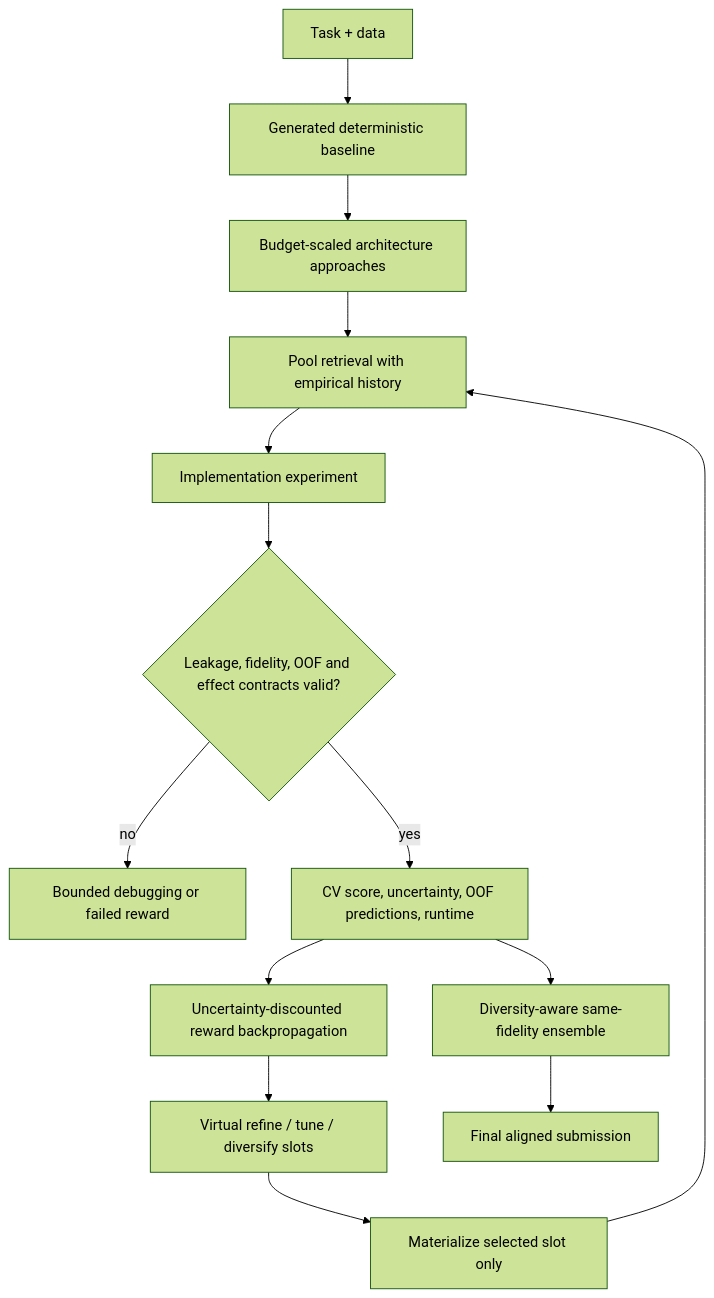
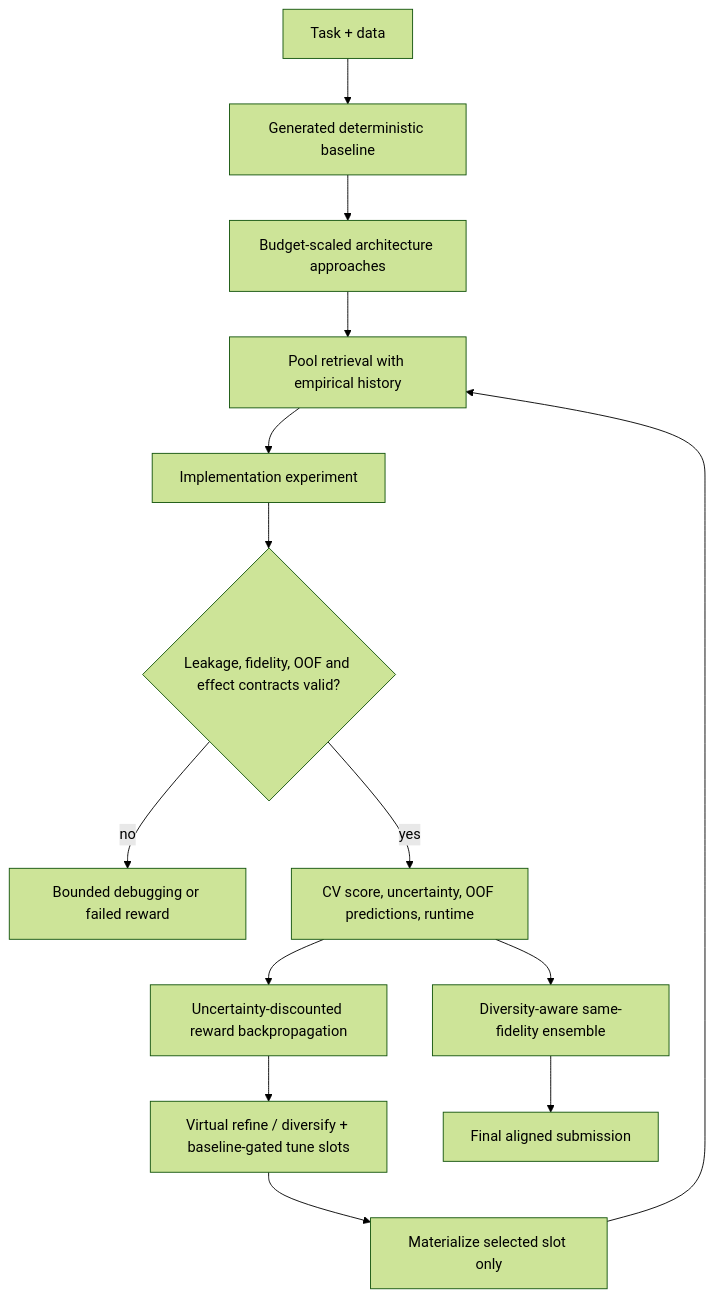
The diagram in README.md (Alden-Jenish-S/AI-Build-AI), drawn with Mermaid (forest theme) before and after one commit. The commit also changed other lines of this file and 16 other files, not shown here.

````diff
--- a/README.md
+++ b/README.md
@@ -21,16 +24,16 @@
 ```mermaid
 flowchart TD
     T[Task + data] --> B[Generated deterministic baseline]
     B --> I[Budget-scaled architecture approaches]
     I --> M[Pool retrieval with empirical history]
     M --> E[Implementation experiment]
     E --> G{Leakage, fidelity, OOF and effect contracts valid?}
     G -- no --> D[Bounded debugging or failed reward]
     G -- yes --> R[CV score, uncertainty, OOF predictions, runtime]
     R --> U[Uncertainty-discounted reward backpropagation]
-    U --> P[Virtual refine / tune / diversify slots]
+    U --> P[Virtual refine / diversify + baseline-gated tune slots]
     P --> L[Materialize selected slot only]
     L --> M
     R --> A[Diversity-aware same-fidelity ensemble]
     A --> S[Final aligned submission]
 ```
````
